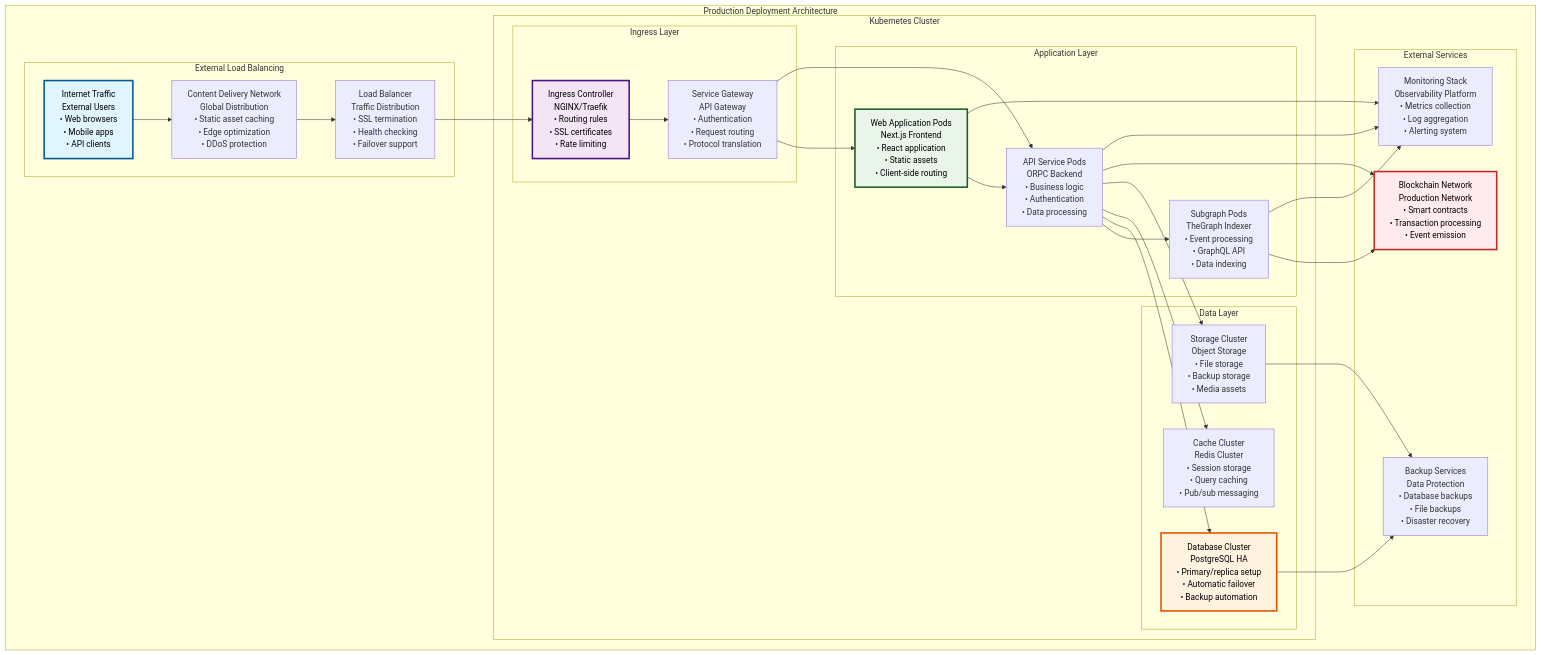
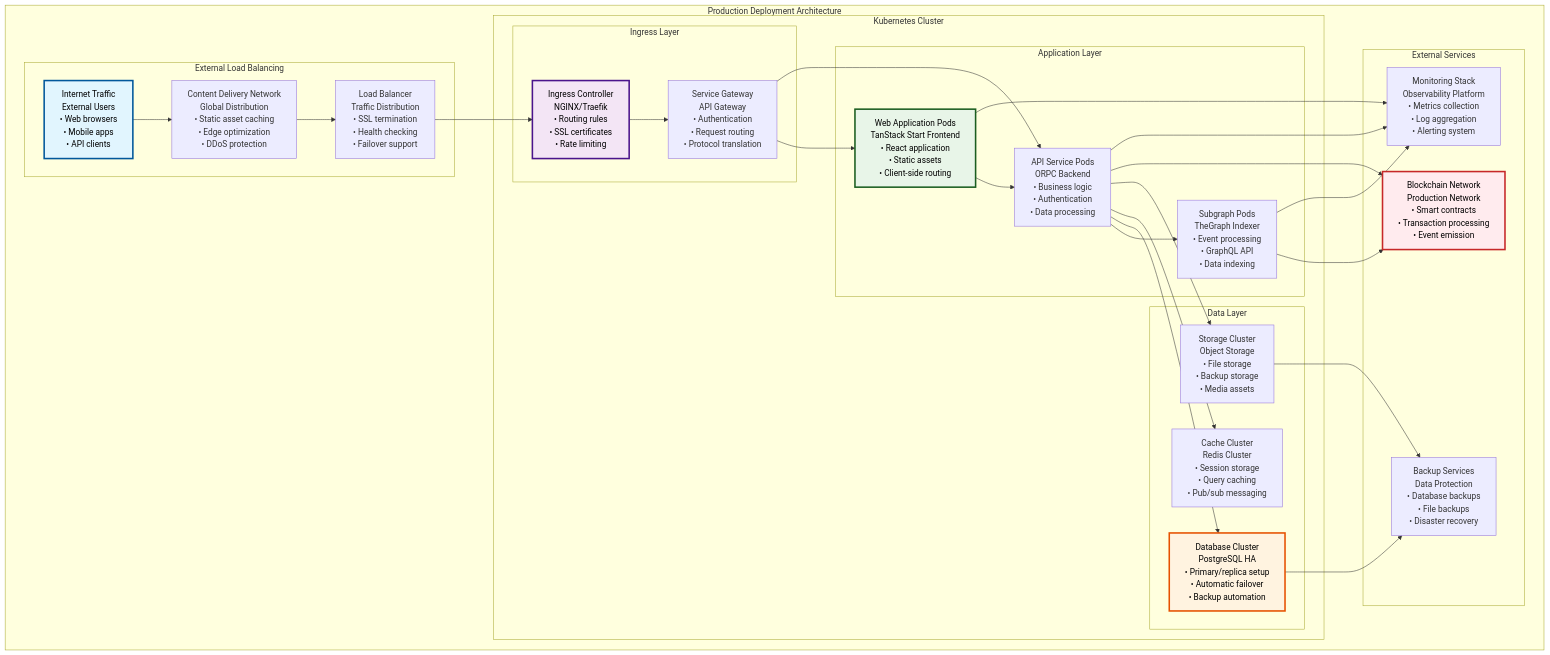
Before and after one commit to settlemint/asset-tokenization-kit: the first of 7 diagrams in kit/docs/content/docs/05-deployment-operations.md, drawn with Mermaid. The commit also changed other lines of this file and 11 other files, not shown here.

````diff
--- a/kit/docs/content/docs/05-deployment-operations.md
+++ b/kit/docs/content/docs/05-deployment-operations.md
@@ -30,78 +30,78 @@
 ```mermaid
 graph TB
     subgraph "Production Deployment Architecture"
         subgraph "External Load Balancing"
             Internet[Internet Traffic<br/>External Users<br/>• Web browsers<br/>• Mobile apps<br/>• API clients]
             
             CDN[Content Delivery Network<br/>Global Distribution<br/>• Static asset caching<br/>• Edge optimization<br/>• DDoS protection]
             
             LoadBalancer[Load Balancer<br/>Traffic Distribution<br/>• SSL termination<br/>• Health checking<br/>• Failover support]
         end
         
         subgraph "Kubernetes Cluster"
             subgraph "Ingress Layer"
                 IngressController[Ingress Controller<br/>NGINX/Traefik<br/>• Routing rules<br/>• SSL certificates<br/>• Rate limiting]
                 
                 IngressGateway[Service Gateway<br/>API Gateway<br/>• Authentication<br/>• Request routing<br/>• Protocol translation]
             end
             
             subgraph "Application Layer"
-                WebPods[Web Application Pods<br/>Next.js Frontend<br/>• React application<br/>• Static assets<br/>• Client-side routing]
+                WebPods[Web Application Pods<br/>TanStack Start Frontend<br/>• React application<br/>• Static assets<br/>• Client-side routing]
                 
                 APIPods[API Service Pods<br/>ORPC Backend<br/>• Business logic<br/>• Authentication<br/>• Data processing]
                 
                 SubgraphPods[Subgraph Pods<br/>TheGraph Indexer<br/>• Event processing<br/>• GraphQL API<br/>• Data indexing]
             end
             
             subgraph "Data Layer"
                 DatabaseCluster[Database Cluster<br/>PostgreSQL HA<br/>• Primary/replica setup<br/>• Automatic failover<br/>• Backup automation]
                 
                 CacheCluster[Cache Cluster<br/>Redis Cluster<br/>• Session storage<br/>• Query caching<br/>• Pub/sub messaging]
                 
                 StorageCluster[Storage Cluster<br/>Object Storage<br/>• File storage<br/>• Backup storage<br/>• Media assets]
             end
         end
         
         subgraph "External Services"
             Blockchain[Blockchain Network<br/>Production Network<br/>• Smart contracts<br/>• Transaction processing<br/>• Event emission]
             
             Monitoring[Monitoring Stack<br/>Observability Platform<br/>• Metrics collection<br/>• Log aggregation<br/>• Alerting system]
             
             Backup[Backup Services<br/>Data Protection<br/>• Database backups<br/>• File backups<br/>• Disaster recovery]
         end
     end
     
     %% Traffic flow
     Internet --> CDN
     CDN --> LoadBalancer
     LoadBalancer --> IngressController
     
     IngressController --> IngressGateway
     IngressGateway --> WebPods
     IngressGateway --> APIPods
     
     %% Application connections
     WebPods --> APIPods
     APIPods --> SubgraphPods
     APIPods --> DatabaseCluster
     APIPods --> CacheCluster
     APIPods --> StorageCluster
     
     %% External connections
     APIPods --> Blockchain
     SubgraphPods --> Blockchain
     
     DatabaseCluster --> Backup
     StorageCluster --> Backup
     
     WebPods --> Monitoring
     APIPods --> Monitoring
     SubgraphPods --> Monitoring
     
     %% Styling
     style Internet fill:#e1f5fe,stroke:#01579b,color:#000000,stroke-width:3px
     style IngressController fill:#f3e5f5,stroke:#4a148c,color:#000000,stroke-width:3px
     style WebPods fill:#e8f5e8,stroke:#1b5e20,color:#000000,stroke-width:3px
     style DatabaseCluster fill:#fff3e0,stroke:#e65100,color:#000000,stroke-width:3px
     style Blockchain fill:#ffebee,stroke:#c62828,color:#000000,stroke-width:3px
 ```
````
